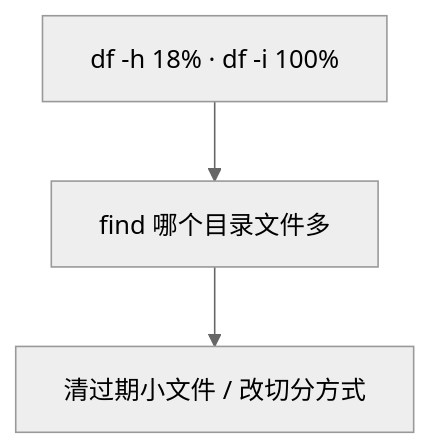
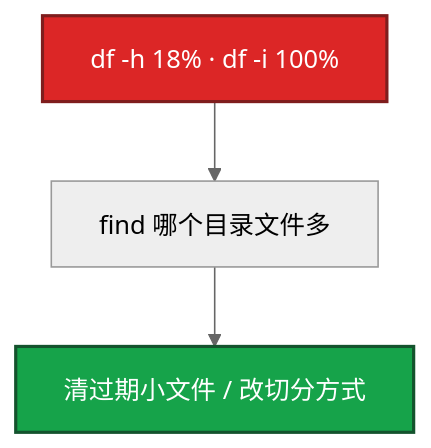
Before and after one commit to ml-cuizijun/LearnToLilith: the diagram in 02-基础底座/14-文件系统与inode/练习题.md, drawn with Mermaid (neutral theme). The commit also changed other lines of this file and 213 other files, not shown here.

````diff
--- a/02-基础底座/14-文件系统与inode/练习题.md
+++ b/02-基础底座/14-文件系统与inode/练习题.md
@@ -42,5 +44,10 @@
 ```mermaid
 flowchart TB
     A["df -h 18% · df -i 100%"] --> B[find 哪个目录文件多]
     B --> C[清过期小文件 / 改切分方式]
+
+    classDef bad fill:#DC2626,stroke:#7F1D1D,stroke-width:2px,color:#fff
+    classDef ok fill:#16A34A,stroke:#14532D,stroke-width:2px,color:#fff
+    class A bad
+    class C ok
 ```
````
